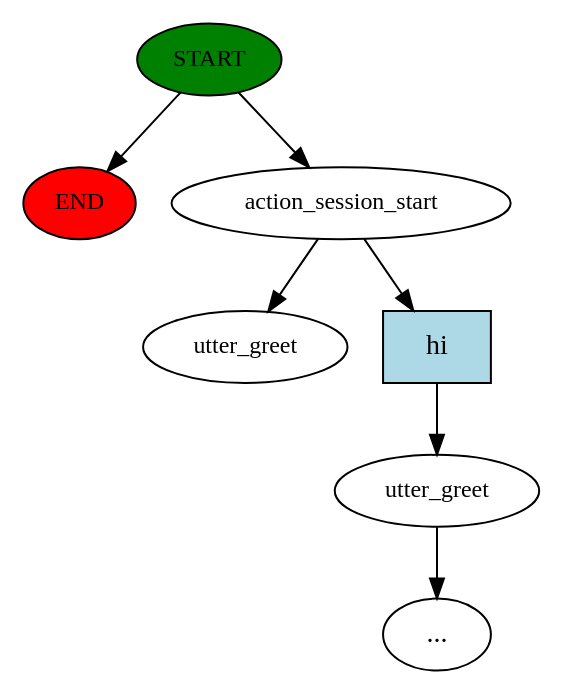
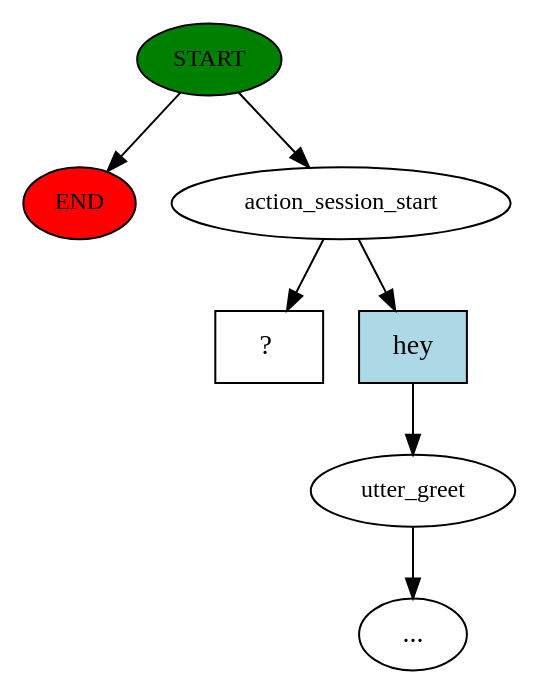
Before and after one commit to Huzaib/Mental-Health-ChatBot: the diagram in story_graph.dot, drawn with Graphviz. The commit also changed 10 other files, not shown here.

```diff
--- a/story_graph.dot
+++ b/story_graph.dot
@@ -1,15 +1,15 @@
 digraph  {
 0 [class="start active", fillcolor=green, fontsize=12, label=START, style=filled];
 "-1" [class=end, fillcolor=red, fontsize=12, label=END, style=filled];
 1 [class=active, fontsize=12, label=action_session_start];
 2 [class="", fontsize=12, label=utter_greet];
 "-3" [class=ellipsis, label="..."];
-4 [class="dashed active", fontsize=12, label=utter_greet];
-5 [class=intent, fillcolor=lightblue, label=hi, shape=rect, style=filled];
+4 [class="intent dashed active", label="  ?  ", shape=rect];
+5 [class=intent, fillcolor=lightblue, label=hey, shape=rect, style=filled];
 0 -> "-1"  [class="", key=NONE, label=""];
 0 -> 1  [class=active, key=NONE, label=""];
 1 -> 4  [class=active, key=NONE, label=""];
 1 -> 5  [class="", key=0];
 2 -> "-3"  [class="", key=NONE, label=""];
 5 -> 2  [class="", key=0];
 }
```
